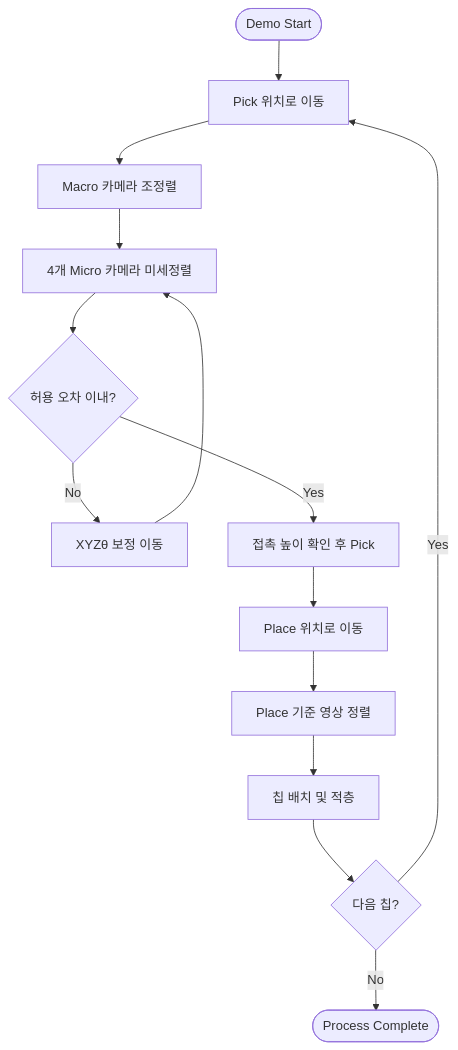
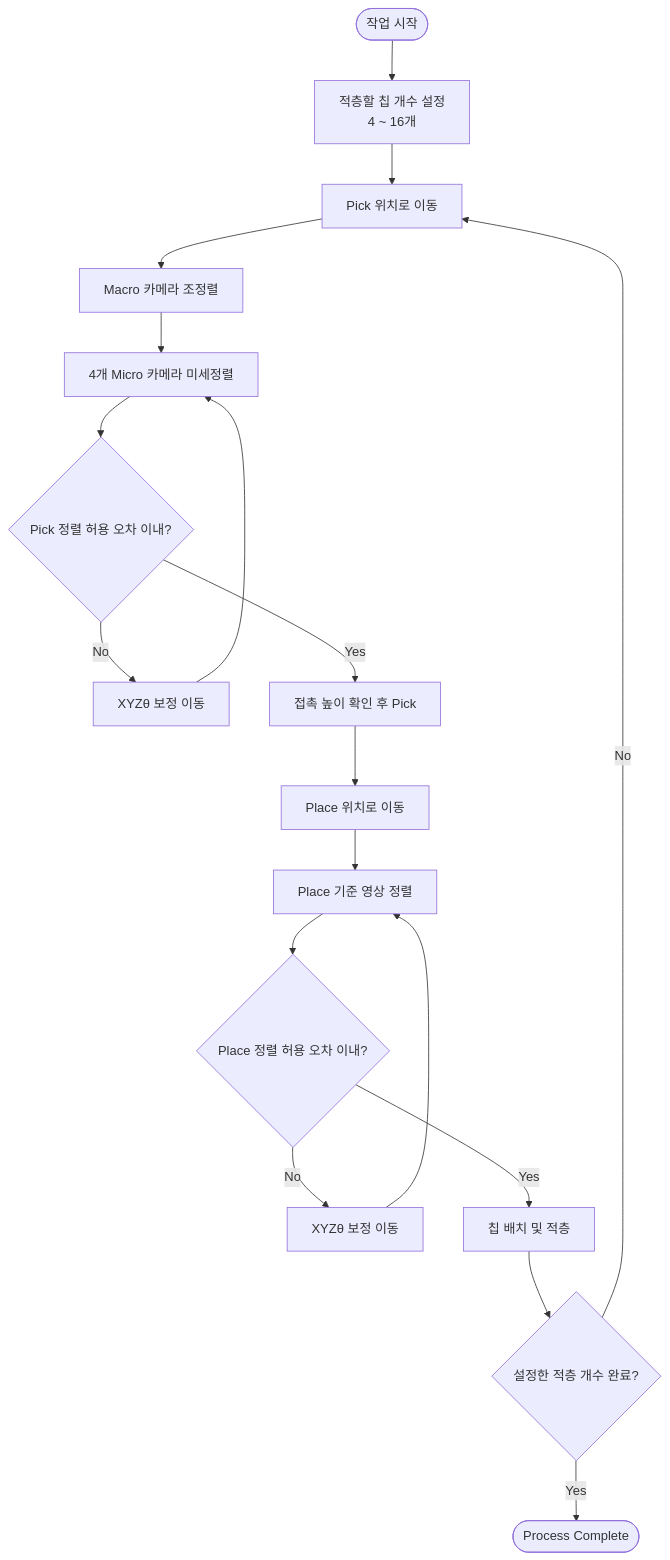
One commit to Tae-Geon-Kim/INHA-Ros2-Vision-Die-Bonder-Sim changed the second of 2 diagrams in README.md. Above: the diagram before and after it, drawn with Mermaid. The commit also changed other lines of this file, not shown here.

````diff
--- a/README.md
+++ b/README.md
@@ -83,16 +115,27 @@
 ```mermaid
 flowchart TD
-    START([Demo Start]) --> PICK[Pick 위치로 이동]
+    START([작업 시작]) --> SET_COUNT[적층할 칩 개수 설정<br/>4 ~ 16개]
+    SET_COUNT --> PICK[Pick 위치로 이동]
+
     PICK --> MACRO[Macro 카메라 조정렬]
     MACRO --> MICRO[4개 Micro 카메라 미세정렬]
-    MICRO --> CHECK{허용 오차 이내?}
-    CHECK -- No --> CORRECT[XYZθ 보정 이동]
-    CORRECT --> MICRO
-    CHECK -- Yes --> CONTACT[접촉 높이 확인 후 Pick]
+    MICRO --> PICK_CHECK{Pick 정렬 허용 오차 이내?}
+
+    PICK_CHECK -- No --> PICK_CORRECT[XYZθ 보정 이동]
+    PICK_CORRECT --> MICRO
+
+    PICK_CHECK -- Yes --> CONTACT[접촉 높이 확인 후 Pick]
     CONTACT --> PLACE[Place 위치로 이동]
+
     PLACE --> P_ALIGN[Place 기준 영상 정렬]
-    P_ALIGN --> STACK[칩 배치 및 적층]
-    STACK --> NEXT{다음 칩?}
-    NEXT -- Yes --> PICK
-    NEXT -- No --> END([Process Complete])
+    P_ALIGN --> PLACE_CHECK{Place 정렬 허용 오차 이내?}
+
+    PLACE_CHECK -- No --> PLACE_CORRECT[XYZθ 보정 이동]
+    PLACE_CORRECT --> P_ALIGN
+
+    PLACE_CHECK -- Yes --> STACK[칩 배치 및 적층]
+    STACK --> COUNT_CHECK{설정한 적층 개수 완료?}
+
+    COUNT_CHECK -- No --> PICK
+    COUNT_CHECK -- Yes --> END([Process Complete])
 ```
````
